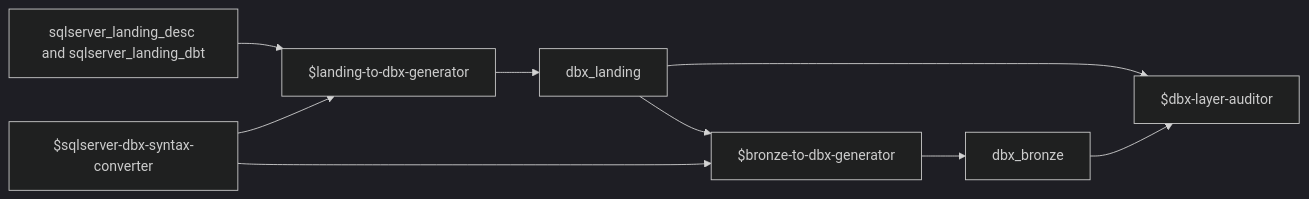
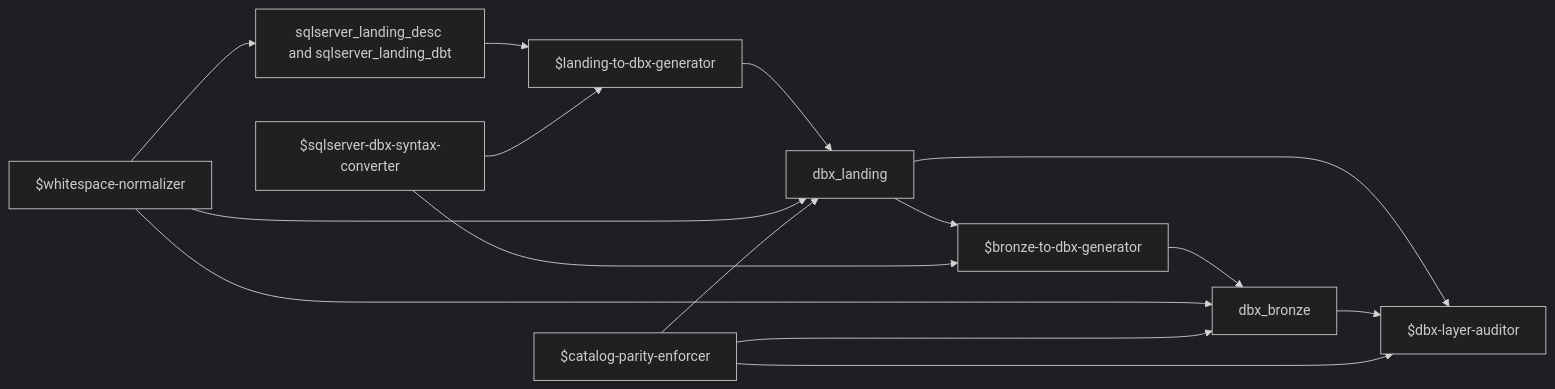
Before and after one commit to enriqueescobar-it/bbank_dw: the second of 2 diagrams in wiki/di/3/LandingDW.md, drawn with Mermaid (dark theme). The commit also changed other lines of this file and 87 other files, not shown here.

````diff
--- a/wiki/di/3/LandingDW.md
+++ b/wiki/di/3/LandingDW.md
@@ -88,11 +100,17 @@
 ```mermaid
 flowchart LR
     A["sqlserver_landing_desc and sqlserver_landing_dbt"] --> B["$landing-to-dbx-generator"]
     B --> C["dbx_landing"]
     C --> D["$bronze-to-dbx-generator"]
     D --> E["dbx_bronze"]
     F["$sqlserver-dbx-syntax-converter"] --> B
     F --> D
     C --> G["$dbx-layer-auditor"]
     E --> G
+    H["$whitespace-normalizer"] --> A
+    H --> C
+    H --> E
+    I["$catalog-parity-enforcer"] --> C
+    I --> E
+    I --> G
 ```
````
